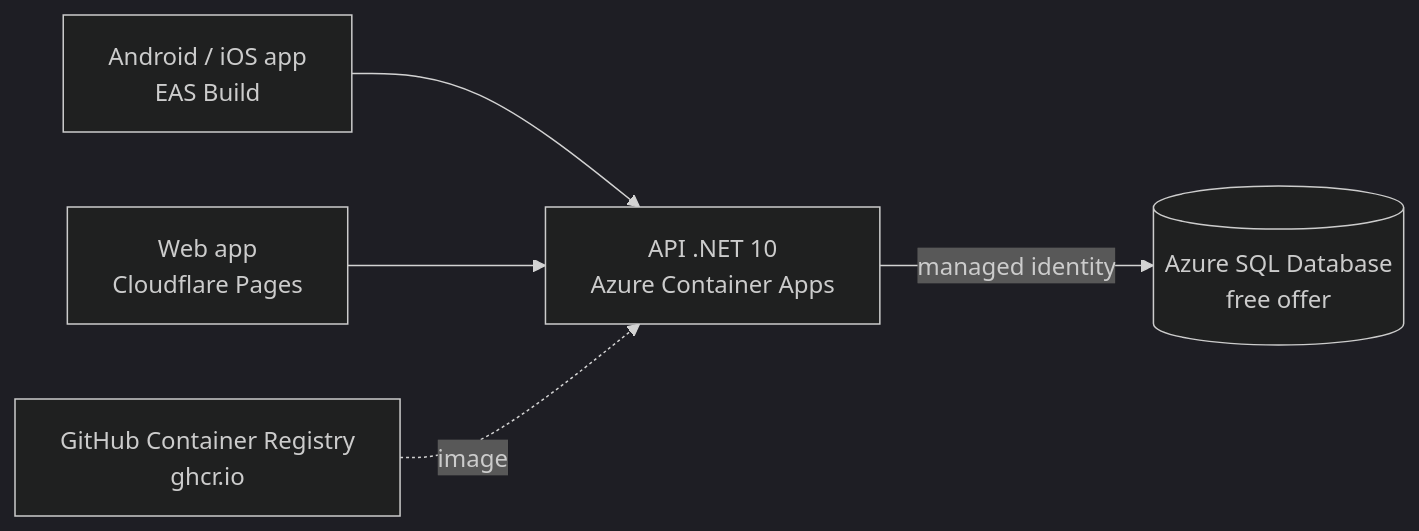
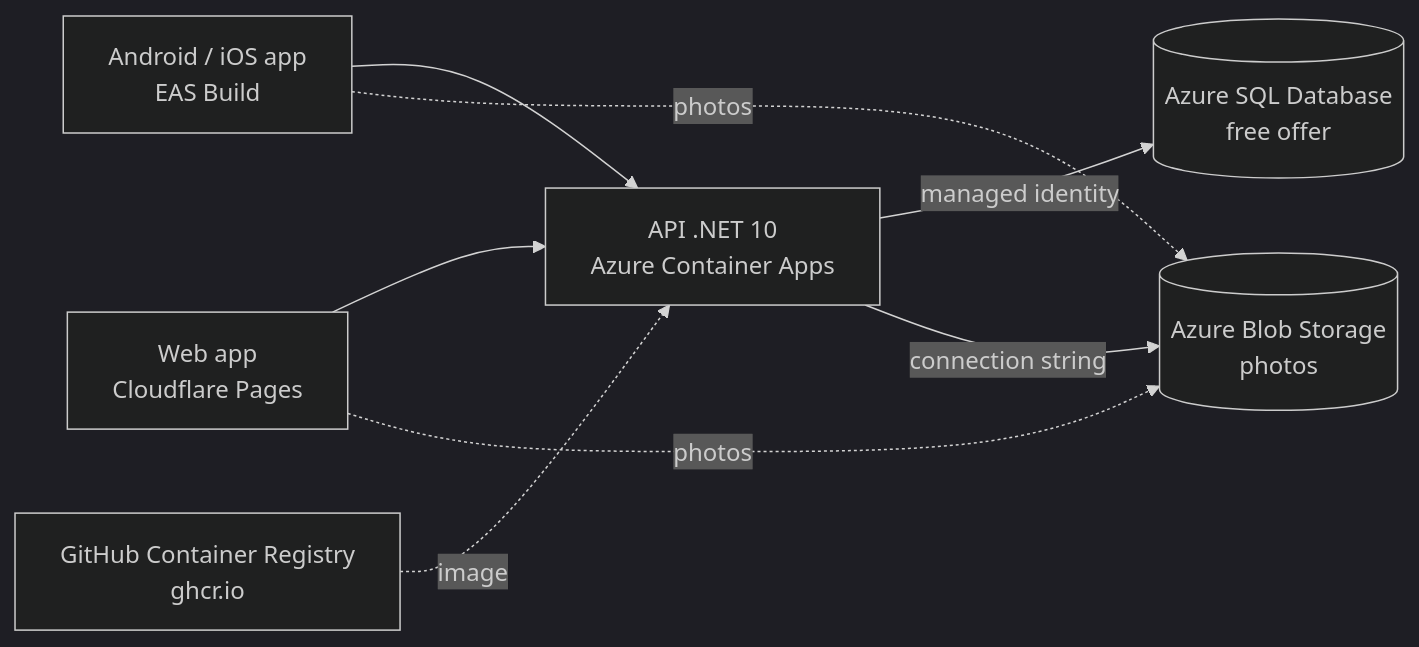
The diagram in docs/hosting-plan.md (alejandrolazarte/class-manager), drawn with Mermaid (dark theme) before and after one commit. The commit also changed other lines of this file and 142 other files, not shown here.

First line of the commit message:
feat(storage): add photos for products and class packs in Azure Blob Storage

````diff
--- a/docs/hosting-plan.md
+++ b/docs/hosting-plan.md
@@ -20,7 +20,10 @@
 ```mermaid
 flowchart LR
     Phone[Android / iOS app<br/>EAS Build] --> Api
     Browser[Web app<br/>Cloudflare Pages] --> Api
     Api[API .NET 10<br/>Azure Container Apps] -->|managed identity| Sql[(Azure SQL Database<br/>free offer)]
+    Api -->|connection string| Blob[(Azure Blob Storage<br/>photos)]
+    Browser -.photos.-> Blob
+    Phone -.photos.-> Blob
     Ghcr[GitHub Container Registry<br/>ghcr.io] -.image.-> Api
 ```
````
